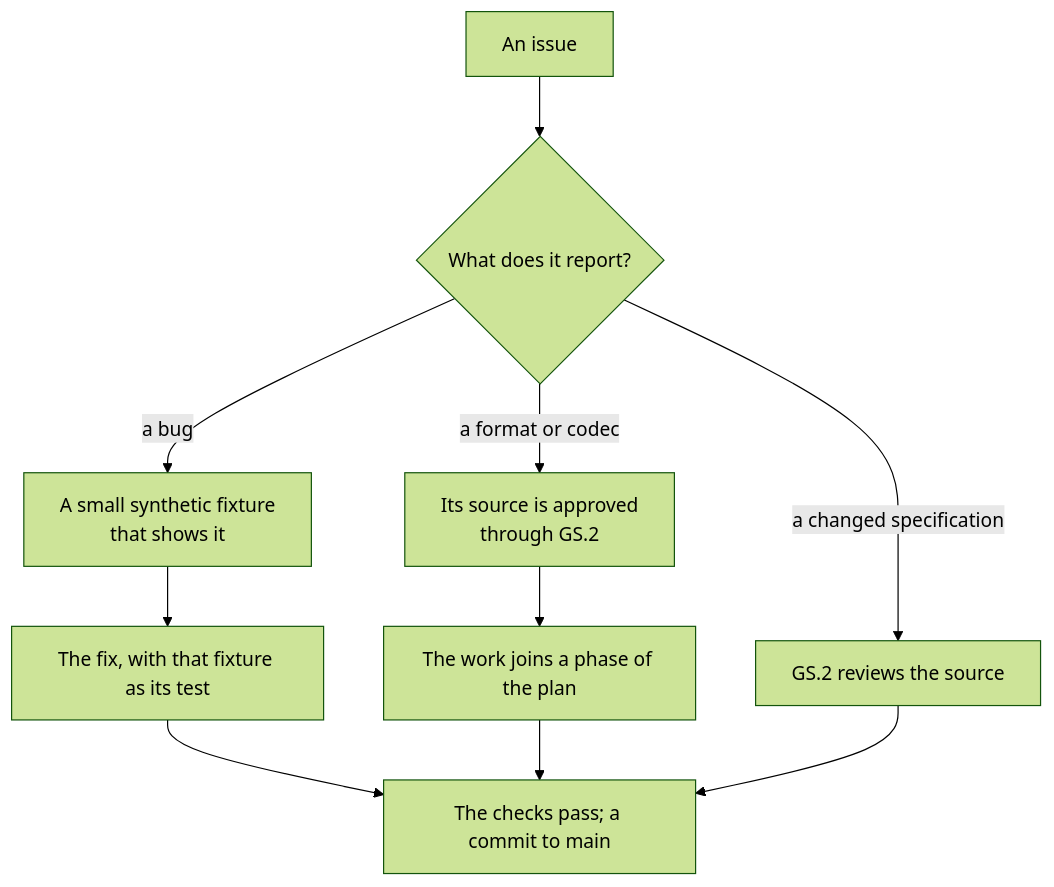
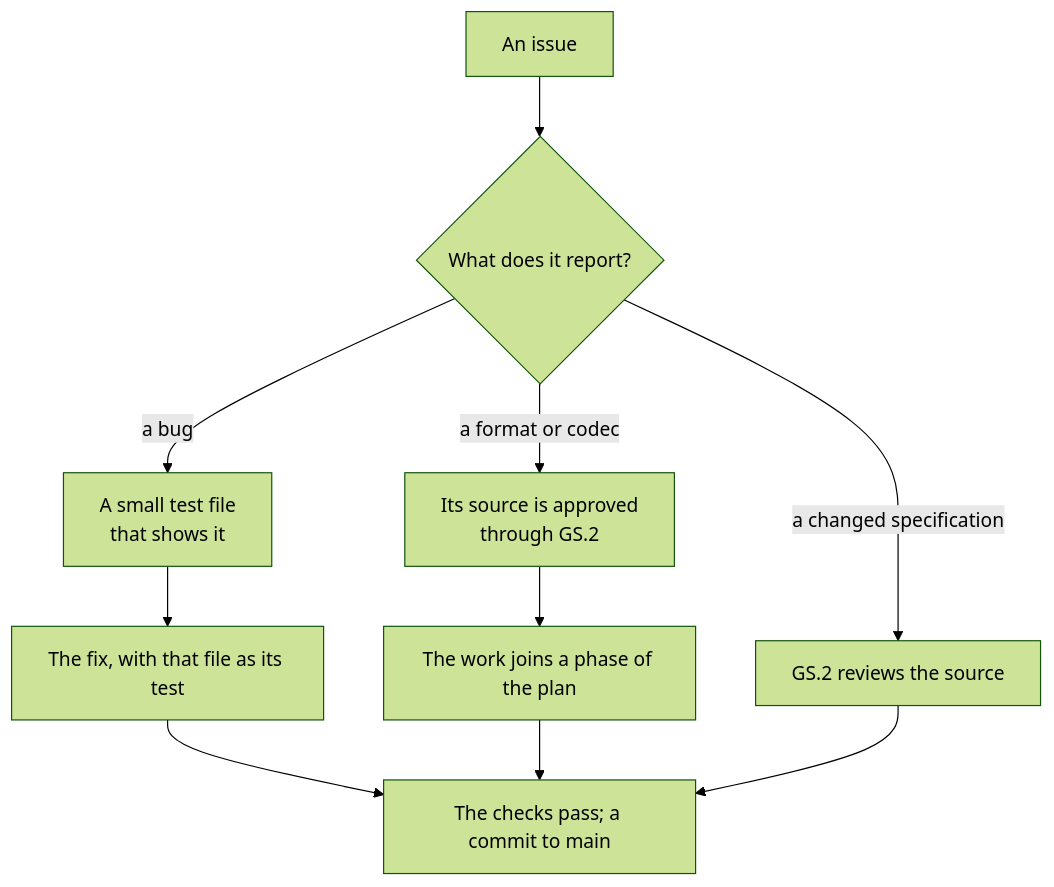
One commit to caoccao/cc-media-probe changed the first of 4 diagrams in CONTRIBUTING.md. Above: the diagram before and after it, drawn with Mermaid (forest theme). The commit also changed other lines of this file and 27 other files, not shown here.

````diff
--- a/CONTRIBUTING.md
+++ b/CONTRIBUTING.md
@@ -17,12 +17,12 @@
 ```mermaid
 flowchart TD
   I["An issue"] --> K{"What does it report?"}
-  K -->|"a bug"| F["A small synthetic fixture<br/>that shows it"]
-  F --> X["The fix, with that fixture as its test"]
+  K -->|"a bug"| F["A small test file<br/>that shows it"]
+  F --> X["The fix, with that file as its test"]
   K -->|"a format or codec"| S["Its source is approved<br/>through GS.2"]
   S --> P["The work joins a phase of the plan"]
   K -->|"a changed specification"| G["GS.2 reviews the source"]
   X --> C["The checks pass; a commit to main"]
   P --> C
   G --> C
 ```
````
